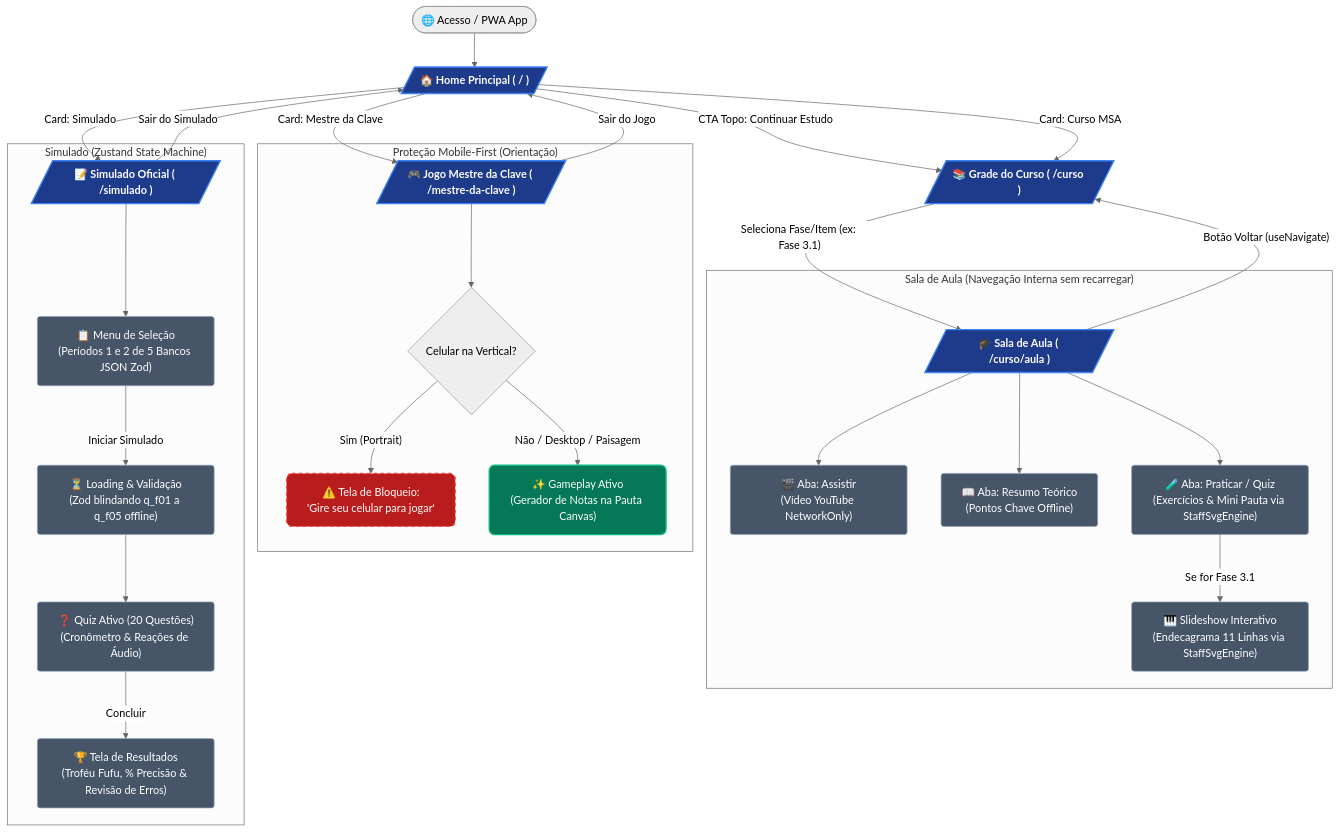
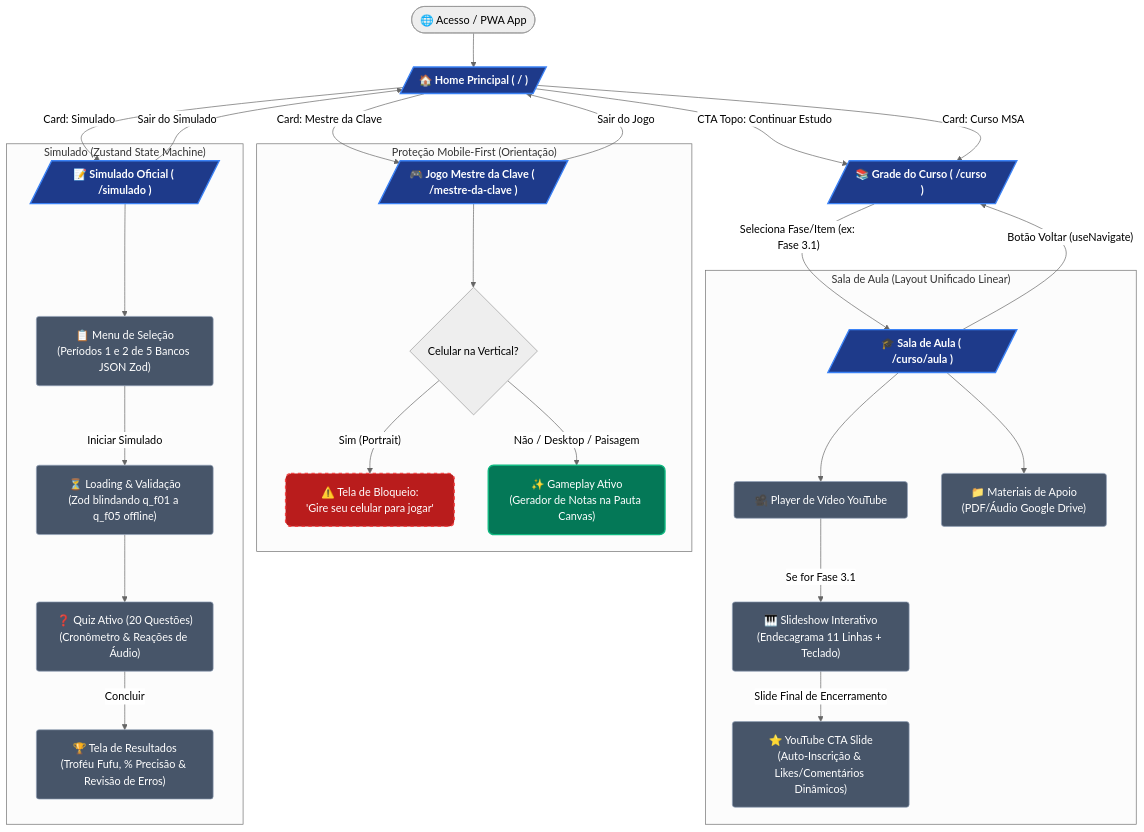
Before and after one commit to issacarbarbosa/issa-academy2.0: the diagram in FLUXO_USUARIO.md, drawn with Mermaid (neutral theme). The commit also changed 7 other files, not shown here.

````diff
--- a/FLUXO_USUARIO.md
+++ b/FLUXO_USUARIO.md
@@ -11,56 +11,56 @@
 ```mermaid
 graph TD
     %% Estilos e Cores (Tailwind Palette)
     classDef route fill:#1e3a8a,stroke:#3b82f6,stroke-width:2px,color:#ffffff,font-weight:bold,rx:8px;
     classDef modal fill:#047857,stroke:#10b981,stroke-width:2px,color:#ffffff,rx:8px;
     classDef guard fill:#b91c1c,stroke:#ef4444,stroke-width:2px,color:#ffffff,stroke-dasharray: 5 5,rx:8px;
     classDef state fill:#475569,stroke:#94a3b8,stroke-width:1px,color:#ffffff,rx:4px;
 
     %% Acesso Inicial
     A([🌐 Acesso / PWA App]) --> B[/"🏠 Home Principal ( / )"/]
     class B route;
 
     %% Banner de CTA Rápido
     B -- "CTA Topo: Continuar Estudo" --> C[/"📚 Grade do Curso ( /curso )"/]
     
     %% Navegação por Cards na Home
     B -- "Card: Curso MSA" --> C
     B -- "Card: Mestre da Clave" --> D[/"🎮 Jogo Mestre da Clave ( /mestre-da-clave )"/]
     B -- "Card: Simulado" --> E[/"📝 Simulado Oficial ( /simulado )"/]
     class C,D,E route;
 
-    %% SUB-FLUXO: CURSO E AULAS (Com Abas Internas)
+    %% SUB-FLUXO: CURSO E AULAS (Layout Unificado)
     C -- "Seleciona Fase/Item (ex: Fase 3.1)" --> F[/"🎓 Sala de Aula ( /curso/aula )"/]
     class F route;
     
-    subgraph S1 ["Sala de Aula (Navegação Interna sem recarregar)"]
-        F --> F1["🎬 Aba: Assistir<br>(Vídeo YouTube NetworkOnly)"]
-        F --> F2["📖 Aba: Resumo Teórico<br>(Pontos Chave Offline)"]
-        F --> F3["🧪 Aba: Praticar / Quiz<br>(Exercícios & Mini Pauta via StaffSvgEngine)"]
-        F3 -- "Se for Fase 3.1" --> F4["🎹 Slideshow Interativo<br>(Endecagrama 11 Linhas via StaffSvgEngine)"]
+    subgraph S1 ["Sala de Aula (Layout Unificado Linear)"]
+        F --> F1["🎥 Player de Vídeo YouTube"]
+        F --> F2["📁 Materiais de Apoio<br>(PDF/Áudio Google Drive)"]
+        F1 -- "Se for Fase 3.1" --> F3["🎹 Slideshow Interativo<br>(Endecagrama 11 Linhas + Teclado)"]
+        F3 -- "Slide Final de Encerramento" --> F4["⭐ YouTube CTA Slide<br>(Auto-Inscrição & Likes/Comentários Dinâmicos)"]
     end
     class F1,F2,F3,F4 state;
 
     %% SUB-FLUXO: JOGO MESTRE DA CLAVE (Com Guarda de Orientação)
     subgraph S2 ["Proteção Mobile-First (Orientação)"]
         D --> G{Celular na Vertical?}
         G -- "Sim (Portrait)" --> G1["⚠️ Tela de Bloqueio:<br>'Gire seu celular para jogar'"]
         class G1 guard;
         G -- "Não / Desktop / Paisagem" --> G2["✨ Gameplay Ativo<br>(Gerador de Notas na Pauta Canvas)"]
         class G2 modal;
     end
 
     %% SUB-FLUXO: SIMULADO MSA (Máquina de Estados)
     subgraph S3 ["Simulado (Zustand State Machine)"]
         E --> H1["📋 Menu de Seleção<br>(Períodos 1 e 2 de 5 Bancos JSON Zod)"]
         H1 -- "Iniciar Simulado" --> H2["⏳ Loading & Validação<br>(Zod blindando q_f01 a q_f05 offline)"]
         H2 --> H3["❓ Quiz Ativo (20 Questões)<br>(Cronômetro & Reações de Áudio)"]
         H3 -- "Concluir" --> H4["🏆 Tela de Resultados<br>(Troféu Fufu, % Precisão & Revisão de Erros)"]
     end
     class H1,H2,H3,H4 state;
 
     %% Botões de Retorno
     F -- "Botão Voltar (useNavigate)" --> C
     D -- "Sair do Jogo" --> B
     E -- "Sair do Simulado" --> B
 ```
````
